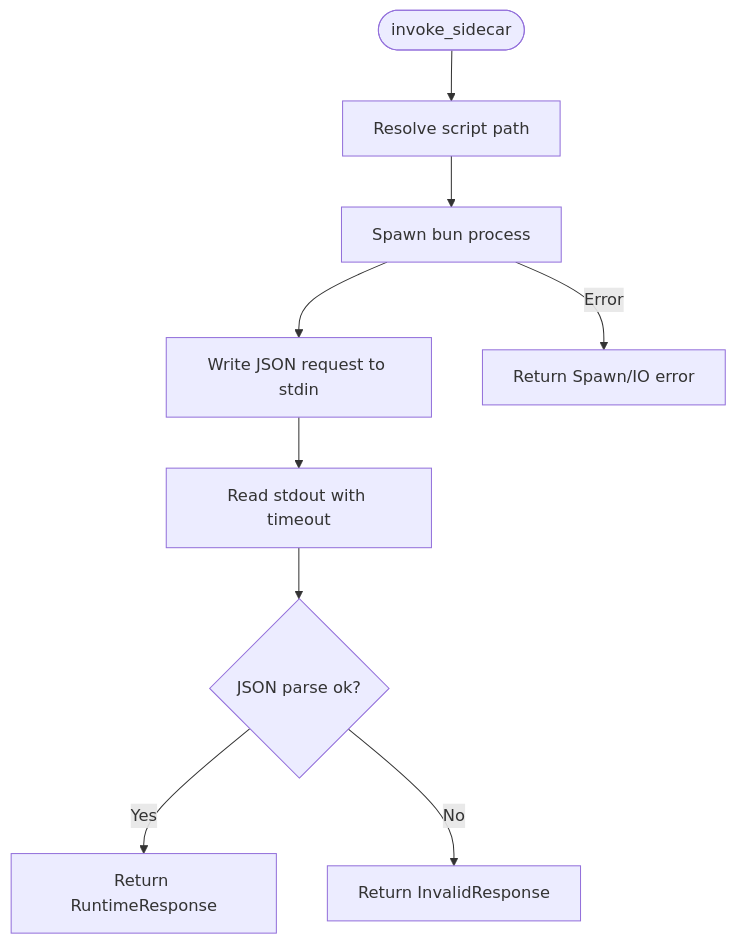
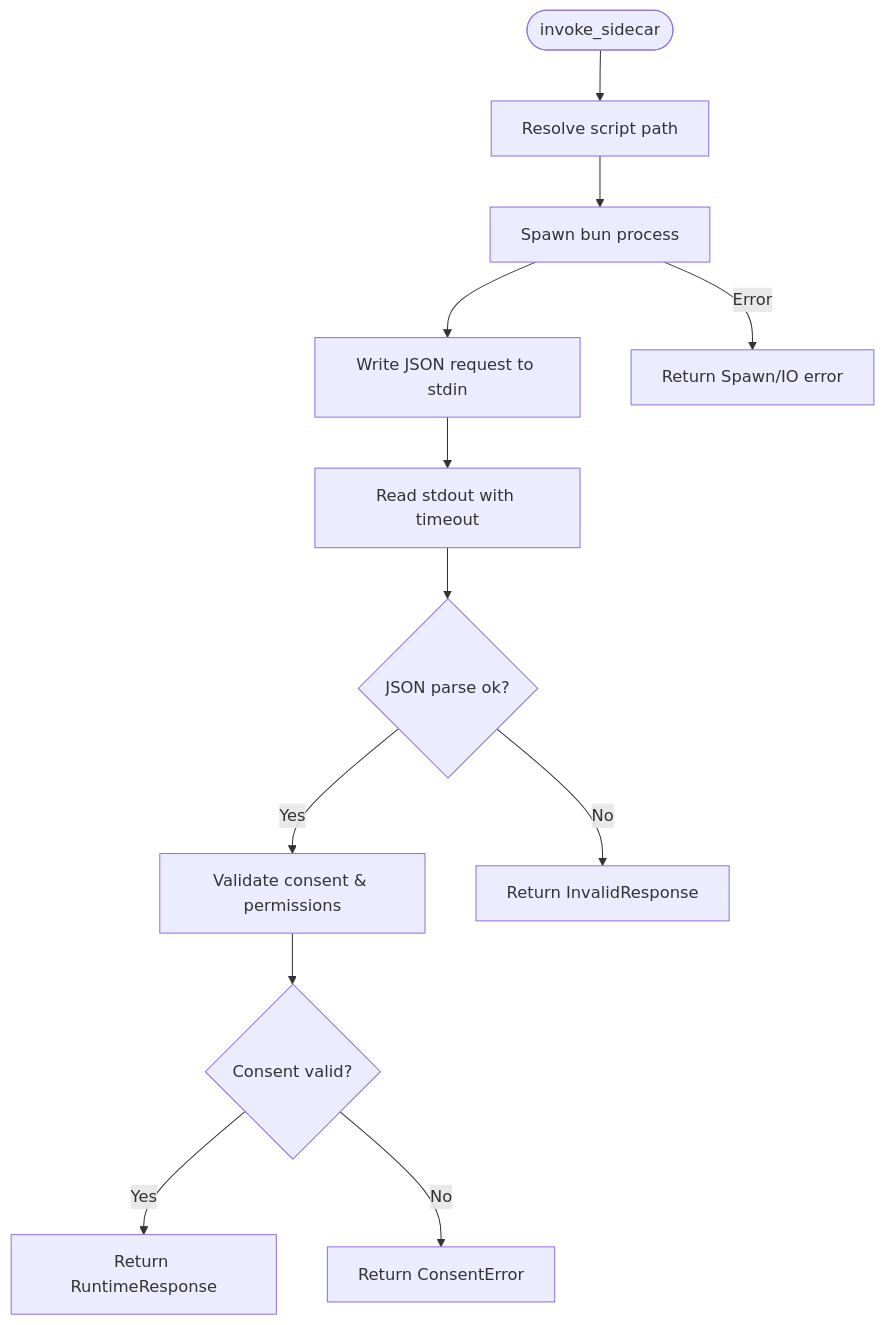
Before and after one commit to sanketnighot/shadow-protocol: the third of 10 diagrams in .qoder/repowiki/en/content/Applications & Extensions/Runtime Providers.md, drawn with Mermaid. The commit also changed other lines of this file and 9 other files, not shown here.

First line of the commit message:
feat: Enhance SHADOW Protocol with new Flow and AI services integration

````diff
--- a/.qoder/repowiki/en/content/Applications & Extensions/Runtime Providers.md
+++ b/.qoder/repowiki/en/content/Applications & Extensions/Runtime Providers.md
@@ -154,11 +198,14 @@
 ```mermaid
 flowchart TD
 Start(["invoke_sidecar"]) --> Resolve["Resolve script path"]
 Resolve --> Spawn["Spawn bun process"]
 Spawn --> Write["Write JSON request to stdin"]
 Write --> Read["Read stdout with timeout"]
 Read --> Parse{"JSON parse ok?"}
-Parse --> |Yes| Return["Return RuntimeResponse"]
+Parse --> |Yes| Validate["Validate consent & permissions"]
 Parse --> |No| Error["Return InvalidResponse"]
+Validate --> Consent{"Consent valid?"}
+Consent --> |Yes| Return["Return RuntimeResponse"]
+Consent --> |No| ConsentErr["Return ConsentError"]
 Spawn --> |Error| SpawnErr["Return Spawn/IO error"]
 ```
````
